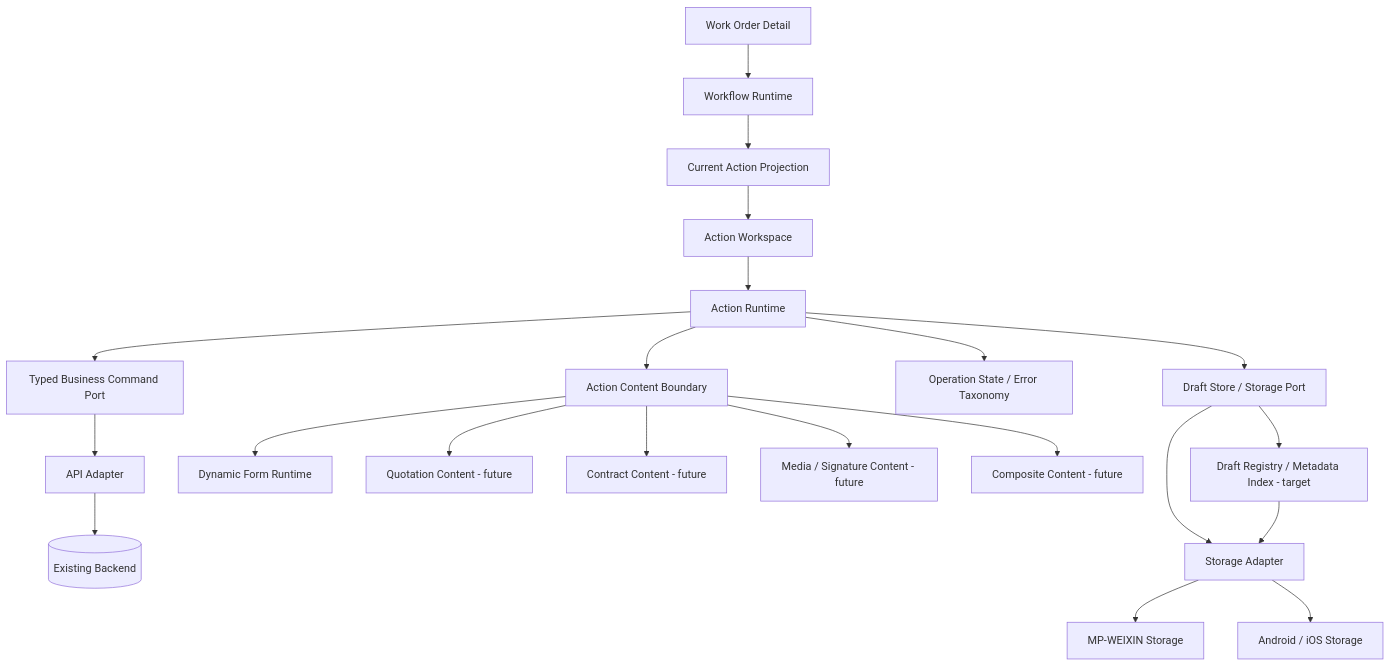
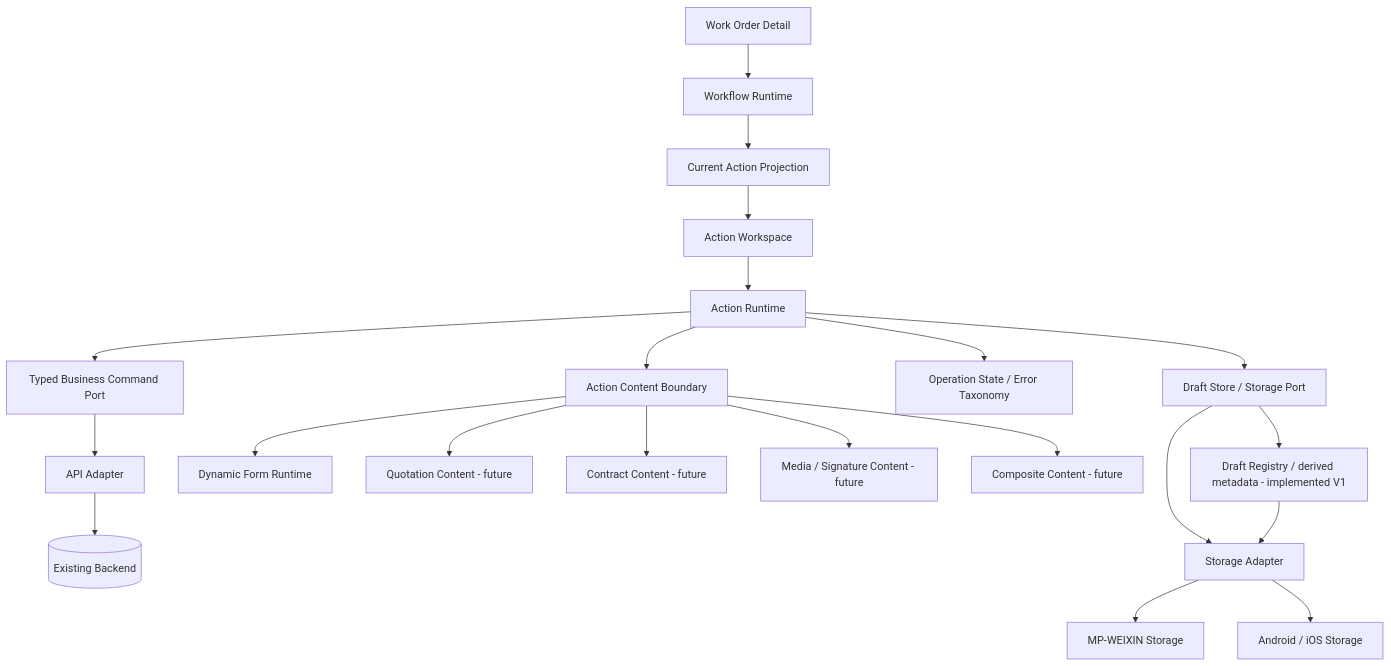
One commit to xlink-bj/xlink-technician-app changed the diagram in docs/architecture/ACTION_WORKSPACE_ARCHITECTURE.md. Above: the diagram before and after it, drawn with Mermaid. The commit also changed 30 other files, not shown here.

Commit message:
feat: add multi-draft registry diagnostics

````diff
--- a/docs/architecture/ACTION_WORKSPACE_ARCHITECTURE.md
+++ b/docs/architecture/ACTION_WORKSPACE_ARCHITECTURE.md
@@ -99,28 +99,28 @@
 ```mermaid
 flowchart TD
     DETAIL[Work Order Detail] --> WF[Workflow Runtime]
     WF --> PROJ[Current Action Projection]
     PROJ --> WS[Action Workspace]
 
     WS --> AR[Action Runtime]
     AR --> CONTENT[Action Content Boundary]
     AR --> DRAFT[Draft Store / Storage Port]
     AR --> OP[Operation State / Error Taxonomy]
 
-    DRAFT --> REGISTRY[Draft Registry / Metadata Index - target]
+    DRAFT --> REGISTRY[Draft Registry / derived metadata - implemented V1]
 
     CONTENT --> FORM[Dynamic Form Runtime]
     CONTENT --> QUOTE[Quotation Content - future]
     CONTENT --> CONTRACT[Contract Content - future]
     CONTENT --> MEDIA[Media / Signature Content - future]
     CONTENT --> COMPOSITE[Composite Content - future]
 
     AR --> CMD[Typed Business Command Port]
     CMD --> API[API Adapter]
     API --> BACKEND[(Existing Backend)]
 
     DRAFT --> STORAGE[Storage Adapter]
     REGISTRY --> STORAGE
     STORAGE --> MP[MP-WEIXIN Storage]
     STORAGE --> APP[Android / iOS Storage]
 ```
````
